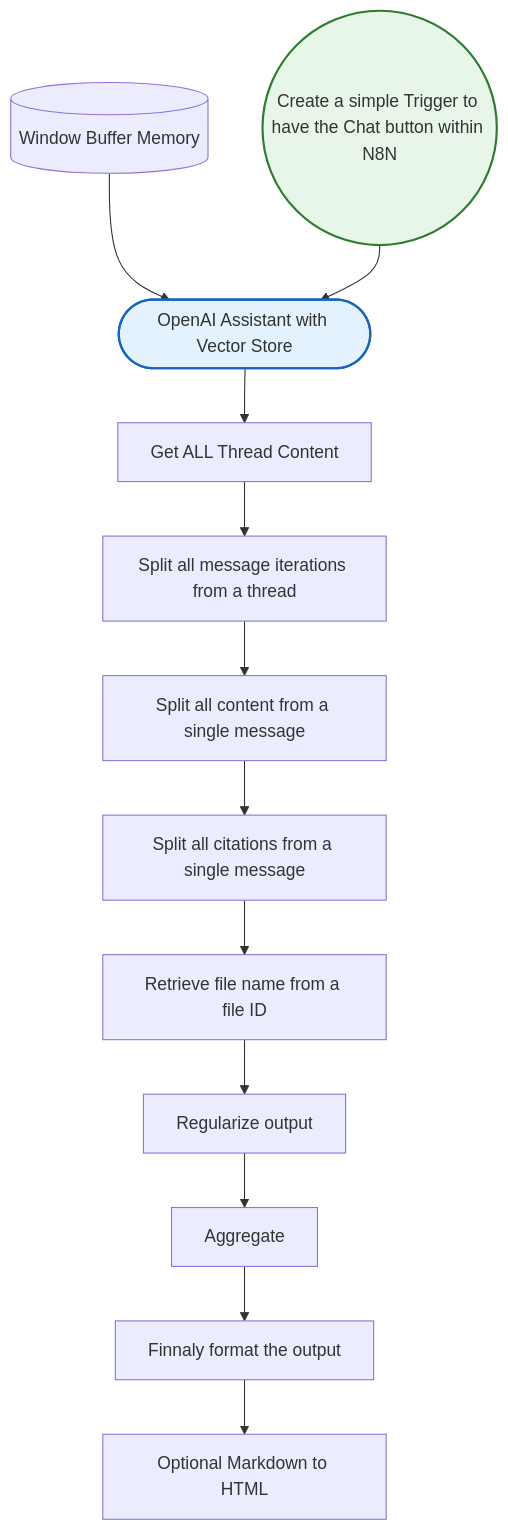
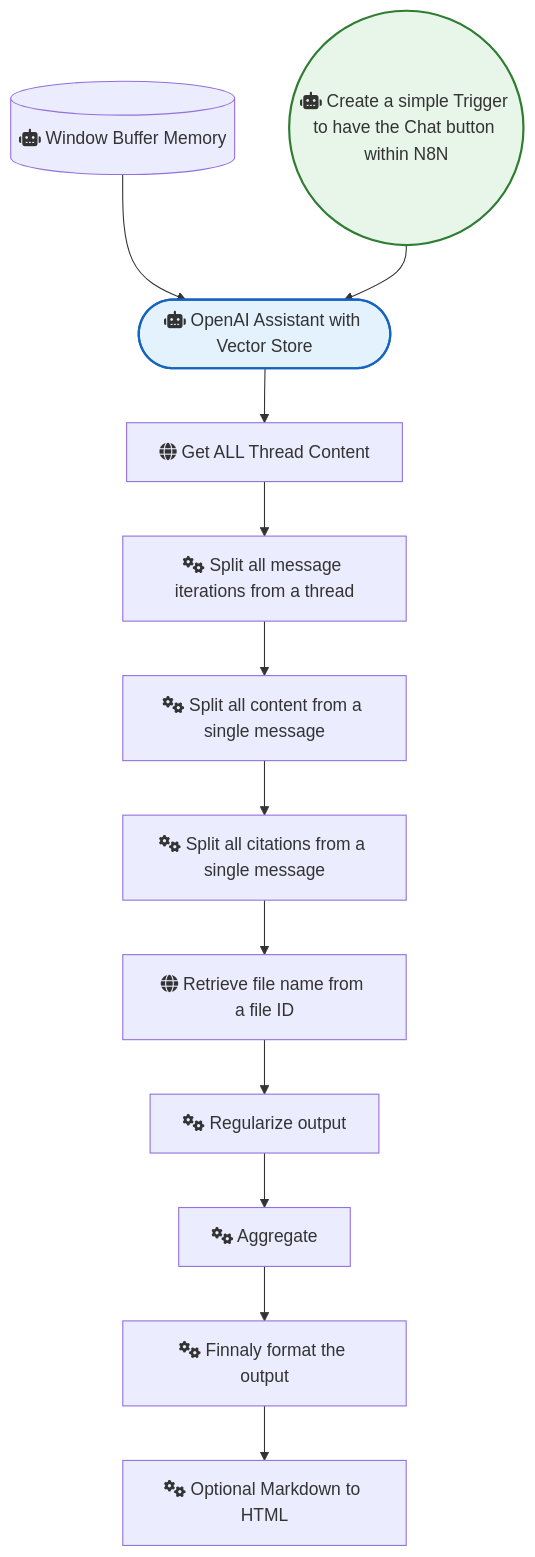
The diagram in AI_Research_RAG_and_Data_Analysis/Make OpenAI Citation for File Retrieval RAG.md (sreyash3105/N8N-DEMO-AUTOMATIONS), drawn with Mermaid before and after one commit. The commit also changed 291 other files, not shown here.

````diff
--- a/AI_Research_RAG_and_Data_Analysis/Make OpenAI Citation for File Retrieval RAG.md
+++ b/AI_Research_RAG_and_Data_Analysis/Make OpenAI Citation for File Retrieval RAG.md
@@ -1,31 +1,31 @@
 ```mermaid
 graph TD
     classDef trigger fill:#e8f5e9,stroke:#2e7d32,stroke-width:2px;
     classDef ai fill:#e3f2fd,stroke:#1565c0,stroke-width:2px;
     classDef logic fill:#fff3e0,stroke:#ef6c00,stroke-width:2px;
 
-    Aggregate["Aggregate"]
-    Window_Buffer_Memory[("Window Buffer Memory")]
-    Create_a_simple_Trigger_to_have_the_Chat_button_within_N8N(("Create a simple Trigger to have the Chat button within N8N")):::trigger
-    OpenAI_Assistant_with_Vector_Store(["OpenAI Assistant with Vector Store"]):::ai
-    Get_ALL_Thread_Content["Get ALL Thread Content"]
-    Split_all_message_iterations_from_a_thread["Split all message iterations from a thread"]
-    Split_all_content_from_a_single_message["Split all content from a single message"]
-    Split_all_citations_from_a_single_message["Split all citations from a single message"]
-    Retrieve_file_name_from_a_file_ID["Retrieve file name from a file ID"]
-    Regularize_output["Regularize output"]
-    Optional_Markdown_to_HTML["Optional Markdown to HTML"]
-    Finnaly_format_the_output["Finnaly format the output"]
+    Aggregate["fas:fa-cogs Aggregate"]
+    Window_Buffer_Memory[("fas:fa-robot Window Buffer Memory")]
+    Create_a_simple_Trigger_to_have_the_Chat_button_within_N8N(("fas:fa-robot Create a simple Trigger to have the Chat button within N8N")):::trigger
+    OpenAI_Assistant_with_Vector_Store(["fas:fa-robot OpenAI Assistant with Vector Store"]):::ai
+    Get_ALL_Thread_Content["fas:fa-globe Get ALL Thread Content"]
+    Split_all_message_iterations_from_a_thread["fas:fa-cogs Split all message iterations from a thread"]
+    Split_all_content_from_a_single_message["fas:fa-cogs Split all content from a single message"]
+    Split_all_citations_from_a_single_message["fas:fa-cogs Split all citations from a single message"]
+    Retrieve_file_name_from_a_file_ID["fas:fa-globe Retrieve file name from a file ID"]
+    Regularize_output["fas:fa-cogs Regularize output"]
+    Optional_Markdown_to_HTML["fas:fa-cogs Optional Markdown to HTML"]
+    Finnaly_format_the_output["fas:fa-cogs Finnaly format the output"]
 
     Aggregate --> Finnaly_format_the_output
     Regularize_output --> Aggregate
     Window_Buffer_Memory --> OpenAI_Assistant_with_Vector_Store
     Get_ALL_Thread_Content --> Split_all_message_iterations_from_a_thread
     Finnaly_format_the_output --> Optional_Markdown_to_HTML
     Retrieve_file_name_from_a_file_ID --> Regularize_output
     OpenAI_Assistant_with_Vector_Store --> Get_ALL_Thread_Content
     Split_all_content_from_a_single_message --> Split_all_citations_from_a_single_message
     Split_all_citations_from_a_single_message --> Retrieve_file_name_from_a_file_ID
     Split_all_message_iterations_from_a_thread --> Split_all_content_from_a_single_message
     Create_a_simple_Trigger_to_have_the_Chat_button_within_N8N --> OpenAI_Assistant_with_Vector_Store
 ```
````
